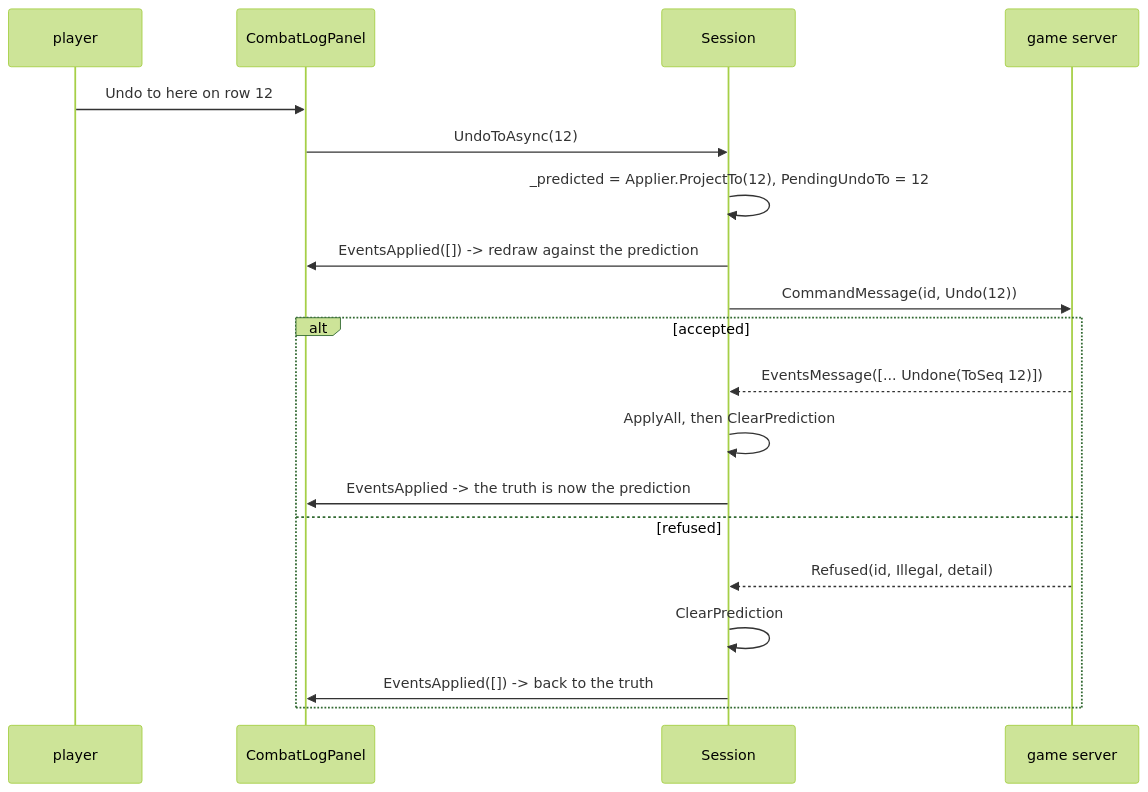
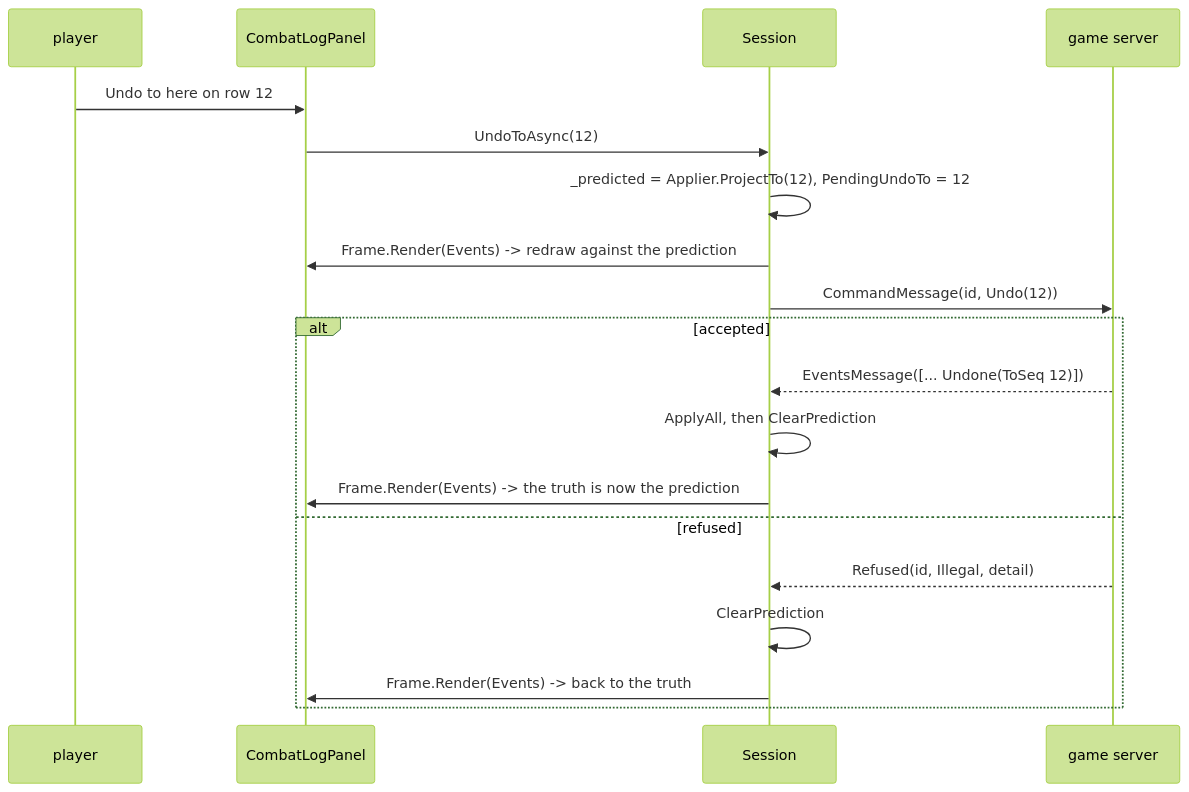
Before and after one commit to cstupi/tabletop: the second of 5 diagrams in docs/design/client/sequences.md, drawn with Mermaid (forest theme). The commit also changed 6 other files, not shown here.

````diff
--- a/docs/design/client/sequences.md
+++ b/docs/design/client/sequences.md
@@ -48,21 +48,21 @@
 ```mermaid
 sequenceDiagram
   participant P as player
   participant LP as CombatLogPanel
   participant S as Session
   participant GS as game server
   P->>LP: Undo to here on row 12
   LP->>S: UndoToAsync(12)
   S->>S: _predicted = Applier.ProjectTo(12), PendingUndoTo = 12
-  S->>LP: EventsApplied([]) -> redraw against the prediction
+  S->>LP: Frame.Render(Events) -> redraw against the prediction
   S->>GS: CommandMessage(id, Undo(12))
   alt accepted
     GS-->>S: EventsMessage([... Undone(ToSeq 12)])
     S->>S: ApplyAll, then ClearPrediction
-    S->>LP: EventsApplied -> the truth is now the prediction
+    S->>LP: Frame.Render(Events) -> the truth is now the prediction
   else refused
     GS-->>S: Refused(id, Illegal, detail)
     S->>S: ClearPrediction
-    S->>LP: EventsApplied([]) -> back to the truth
+    S->>LP: Frame.Render(Events) -> back to the truth
   end
 ```
````
